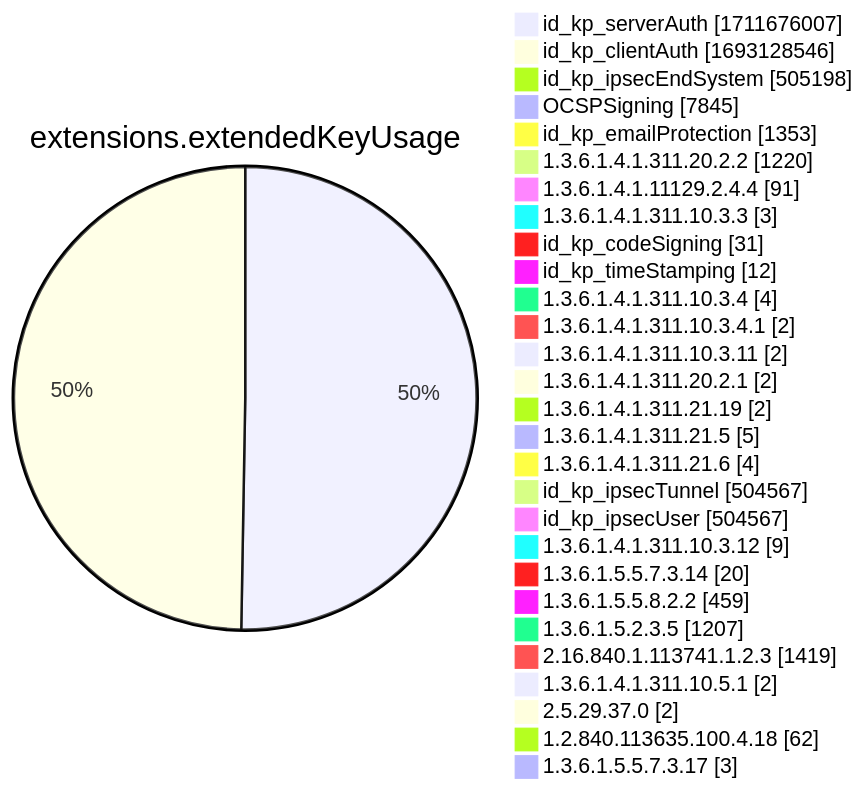
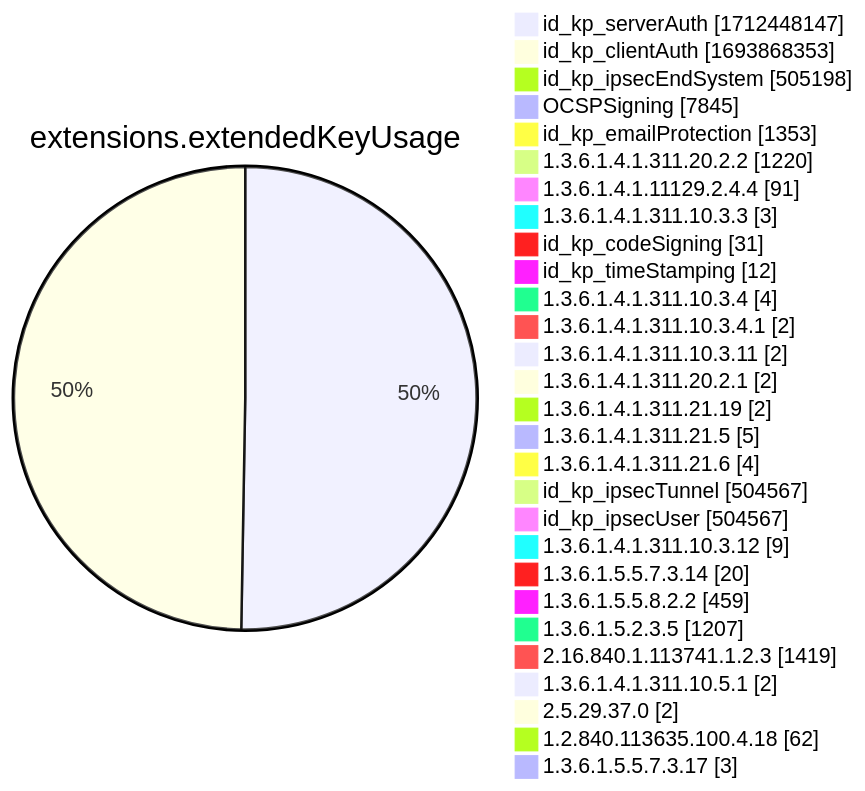
Diagram 12 of 15 in xenon2022/README.md (christiankrug/ctmonitor_visualization), drawn with Mermaid before and after one commit. The commit also changed other lines of this file, not shown here.

````diff
--- a/xenon2022/README.md
+++ b/xenon2022/README.md
@@ -3888,32 +3888,32 @@
 ```mermaid
 pie showData
 title extensions.extendedKeyUsage
-"id_kp_serverAuth" :1711676007
-"id_kp_clientAuth" :1693128546
+"id_kp_serverAuth" :1712448147
+"id_kp_clientAuth" :1693868353
 "id_kp_ipsecEndSystem" :505198
 "OCSPSigning" :7845
 "id_kp_emailProtection" :1353
 "1.3.6.1.4.1.311.20.2.2" :1220
 "1.3.6.1.4.1.11129.2.4.4" :91
 "1.3.6.1.4.1.311.10.3.3" :3
 "id_kp_codeSigning" :31
 "id_kp_timeStamping" :12
 "1.3.6.1.4.1.311.10.3.4" :4
 "1.3.6.1.4.1.311.10.3.4.1" :2
 "1.3.6.1.4.1.311.10.3.11" :2
 "1.3.6.1.4.1.311.20.2.1" :2
 "1.3.6.1.4.1.311.21.19" :2
 "1.3.6.1.4.1.311.21.5" :5
 "1.3.6.1.4.1.311.21.6" :4
 "id_kp_ipsecTunnel" :504567
 "id_kp_ipsecUser" :504567
 "1.3.6.1.4.1.311.10.3.12" :9
 "1.3.6.1.5.5.7.3.14" :20
 "1.3.6.1.5.5.8.2.2" :459
 "1.3.6.1.5.2.3.5" :1207
 "2.16.840.1.113741.1.2.3" :1419
 "1.3.6.1.4.1.311.10.5.1" :2
 "2.5.29.37.0" :2
 "1.2.840.113635.100.4.18" :62
 "1.3.6.1.5.5.7.3.17" :3
 ```
````
